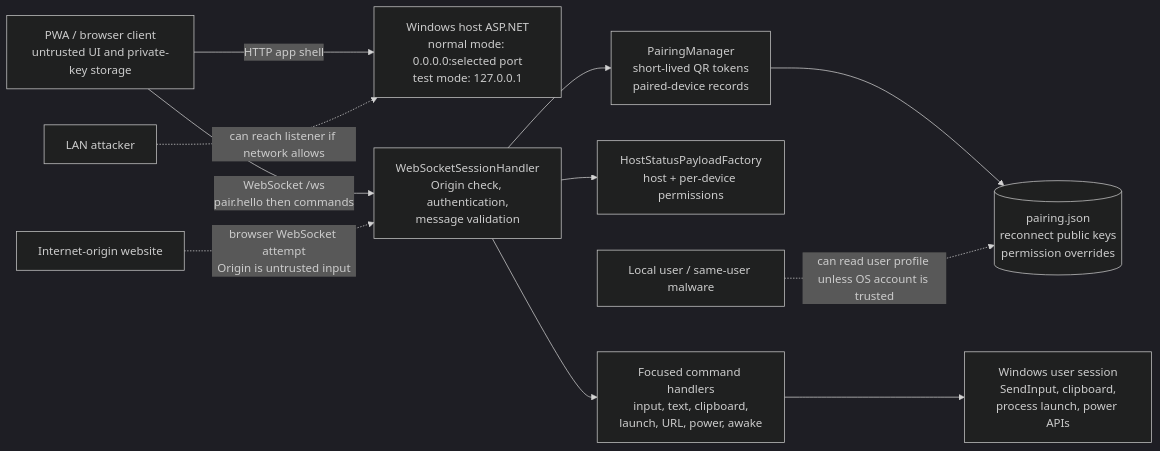
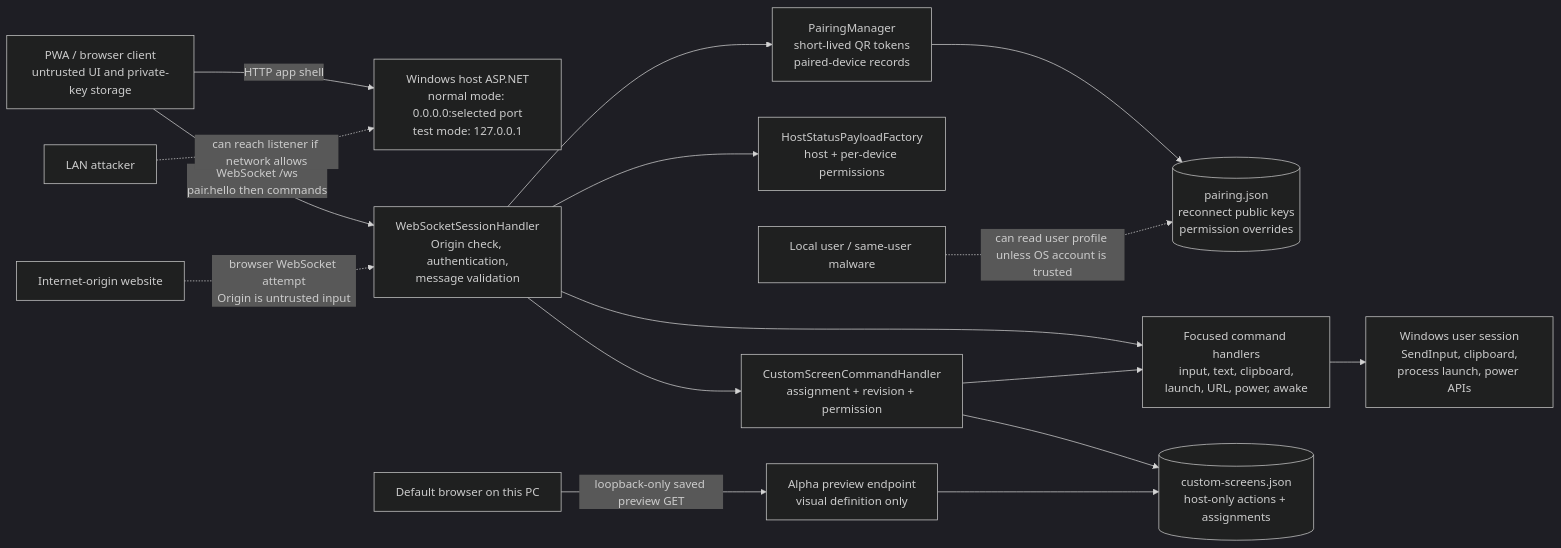
The first of 4 diagrams in docs/security-architecture-diagrams.md (voltura/voltura-air), drawn with Mermaid (dark theme) before and after one commit. The commit also changed other lines of this file and 149 other files, not shown here.

Commit message:
added custom screens

````diff
--- a/docs/security-architecture-diagrams.md
+++ b/docs/security-architecture-diagrams.md
@@ -8,14 +8,19 @@
 ```mermaid
 flowchart LR
   Client["PWA / browser client\nuntrusted UI and private-key storage"] -->|"HTTP app shell"| HostWeb["Windows host ASP.NET\nnormal mode: 0.0.0.0:selected port\ntest mode: 127.0.0.1"]
   Client -->|"WebSocket /ws\npair.hello then commands"| Session["WebSocketSessionHandler\nOrigin check, authentication,\nmessage validation"]
   Session --> Pairing["PairingManager\nshort-lived QR tokens\npaired-device records"]
   Pairing --> Store[("pairing.json\nreconnect public keys\npermission overrides")]
   Session --> Policy["HostStatusPayloadFactory\nhost + per-device permissions"]
   Session --> Handlers["Focused command handlers\ninput, text, clipboard,\nlaunch, URL, power, awake"]
+  Session --> CustomHandler["CustomScreenCommandHandler\nassignment + revision + permission"]
+  CustomHandler --> CustomStore[("custom-screens.json\nhost-only actions + assignments")]
+  CustomHandler --> Handlers
+  LocalBrowser["Default browser on this PC"] -->|"loopback-only saved preview GET"| Preview["Alpha preview endpoint\nvisual definition only"]
+  Preview --> CustomStore
   Handlers --> Windows["Windows user session\nSendInput, clipboard,\nprocess launch, power APIs"]
 
   Internet["Internet-origin website"] -. "browser WebSocket attempt\nOrigin is untrusted input" .-> Session
   Lan["LAN attacker"] -. "can reach listener if network allows" .-> HostWeb
   Local["Local user / same-user malware"] -. "can read user profile unless OS account is trusted" .-> Store
 ```
````
